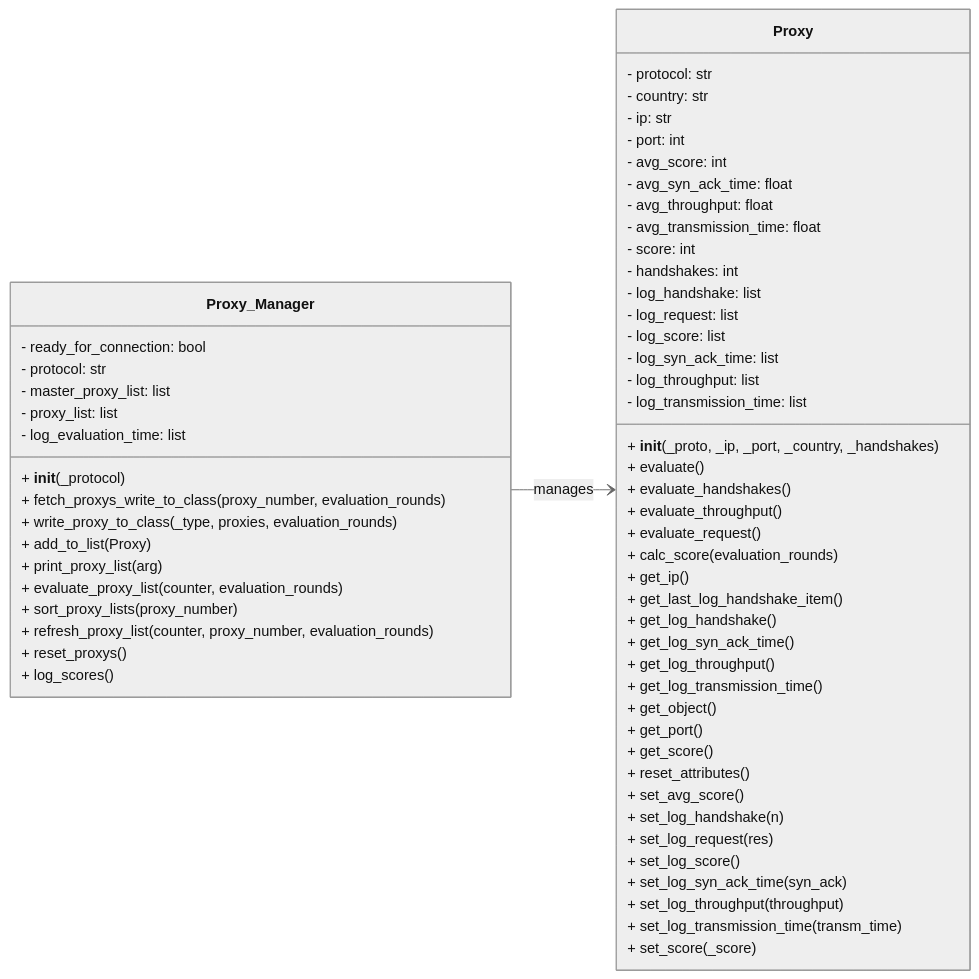
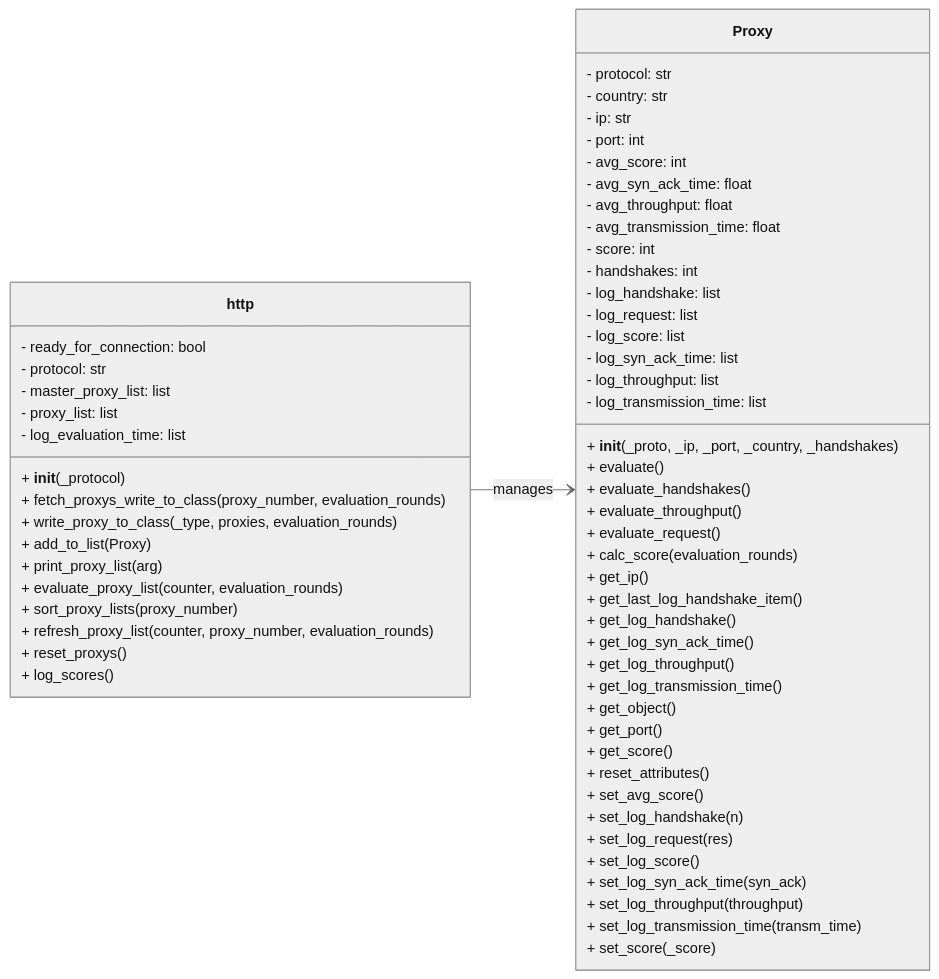
One commit to quintuscodes/Proxy-Reliability-using-Proxybroker2 changed the first of 2 diagrams in README.md. Above: the diagram before and after it, drawn with Mermaid. The commit also changed other lines of this file and 2 other files, not shown here.

````diff
--- a/README.md
+++ b/README.md
@@ -14,67 +14,67 @@
 ```mermaid 
 %%{init: {'theme':'neutral'}}%%
 classDiagram
   direction LR
-  class Proxy_Manager {
+  class http {
     - ready_for_connection: bool
     - protocol: str
     - master_proxy_list: list
     - proxy_list: list
     - log_evaluation_time: list
     + __init__(_protocol)
     + fetch_proxys_write_to_class(proxy_number, evaluation_rounds)
     + write_proxy_to_class(_type, proxies, evaluation_rounds)
     + add_to_list(Proxy)
     + print_proxy_list(arg)
     + evaluate_proxy_list(counter, evaluation_rounds)
     + sort_proxy_lists(proxy_number)
     + refresh_proxy_list(counter, proxy_number, evaluation_rounds)
     + reset_proxys()
     + log_scores()
   }
 
   class Proxy {
     - protocol: str
     - country: str
     - ip: str
     - port: int
     - avg_score: int
     - avg_syn_ack_time: float
     - avg_throughput: float
     - avg_transmission_time: float
     - score: int
     - handshakes: int
     - log_handshake: list
     - log_request: list
     - log_score: list
     - log_syn_ack_time: list
     - log_throughput: list
     - log_transmission_time: list
     + __init__(_proto, _ip, _port, _country, _handshakes)
     + evaluate()
     + evaluate_handshakes()
     + evaluate_throughput()
     + evaluate_request()
     + calc_score(evaluation_rounds)
     + get_ip()
     + get_last_log_handshake_item()
     + get_log_handshake()
     + get_log_syn_ack_time()
     + get_log_throughput()
     + get_log_transmission_time()
     + get_object()
     + get_port()
     + get_score()
     + reset_attributes()
     + set_avg_score()
     + set_log_handshake(n)
     + set_log_request(res)
     + set_log_score()
     + set_log_syn_ack_time(syn_ack)
     + set_log_throughput(throughput)
     + set_log_transmission_time(transm_time)
     + set_score(_score)
   }
 
-  Proxy_Manager --> Proxy : manages
+  http --> Proxy : manages
 ```
````
